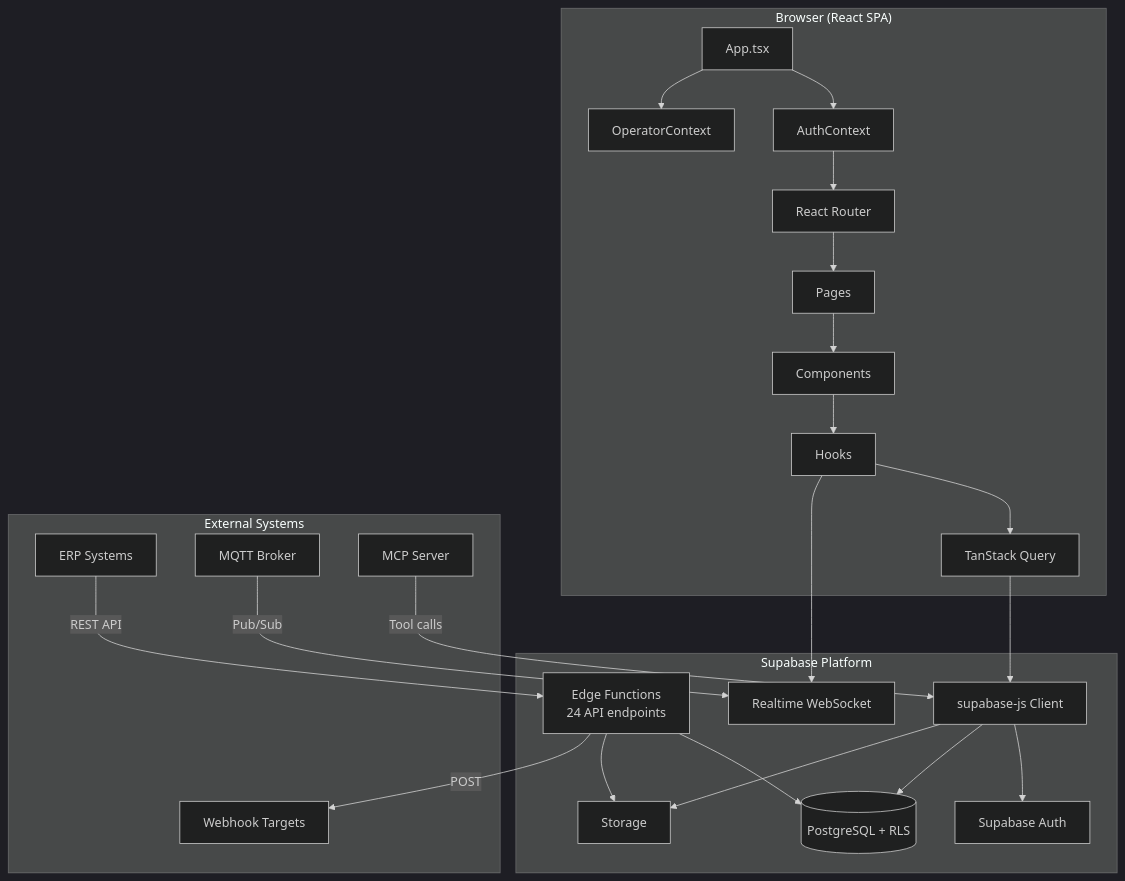
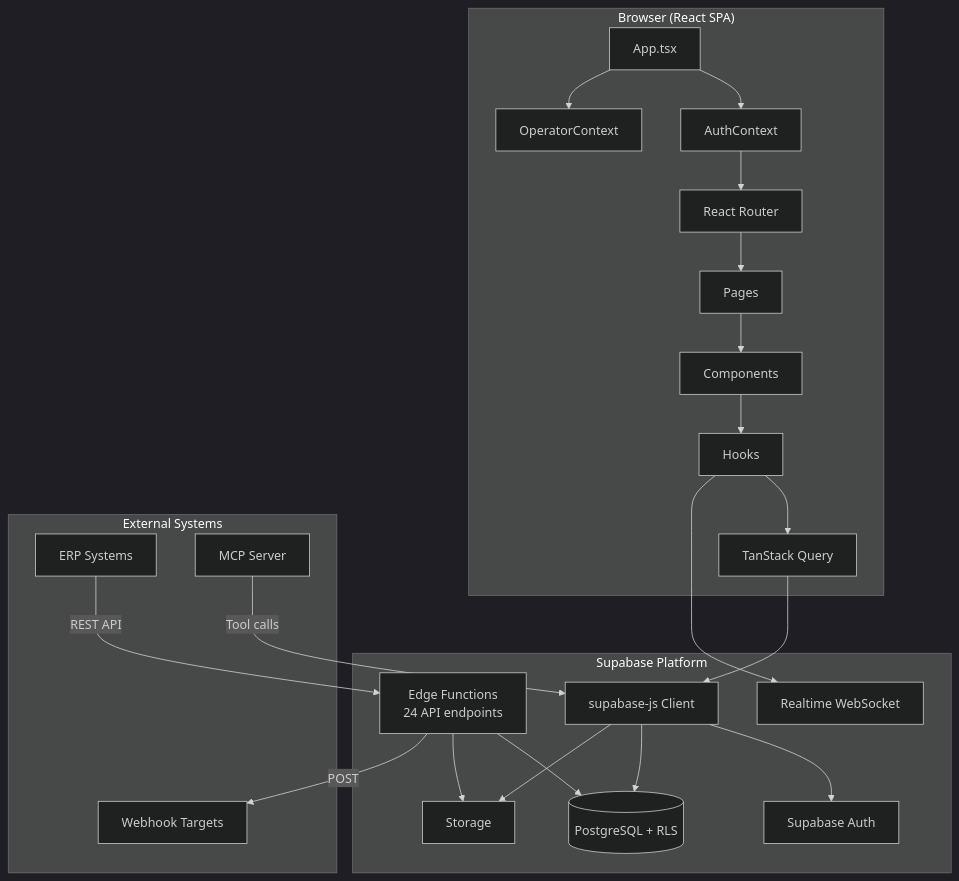
The first of 6 diagrams in docs/ARCHITECTURE.md (SheetMetalConnect/eryxon-flow), drawn with Mermaid (dark theme) before and after one commit. The commit also changed other lines of this file and 451 other files, not shown here.

````diff
--- a/docs/ARCHITECTURE.md
+++ b/docs/ARCHITECTURE.md
@@ -7,48 +7,46 @@
 ```mermaid
 graph TB
     subgraph Client["Browser (React SPA)"]
         App[App.tsx]
         Auth[AuthContext]
         Op[OperatorContext]
         Router[React Router]
         Pages[Pages]
         Components[Components]
         Hooks[Hooks]
         QC[TanStack Query]
     end
 
     subgraph Supabase["Supabase Platform"]
         SBClient[supabase-js Client]
         SBAuth[Supabase Auth]
         SBRealtime[Realtime WebSocket]
         SBStorage[Storage]
         EdgeFns[Edge Functions<br/>24 API endpoints]
         DB[(PostgreSQL + RLS)]
     end
 
     subgraph External["External Systems"]
         ERP[ERP Systems]
-        MQTT[MQTT Broker]
         MCP[MCP Server]
         Webhooks[Webhook Targets]
     end
 
     App --> Auth --> Router
     App --> Op
     Router --> Pages --> Components
     Components --> Hooks
     Hooks --> QC --> SBClient
     Hooks --> SBRealtime
 
     SBClient --> SBAuth
     SBClient --> DB
     SBClient --> SBStorage
 
     EdgeFns --> DB
     EdgeFns --> SBStorage
 
     ERP -->|"REST API"| EdgeFns
     MCP -->|"Tool calls"| SBClient
     EdgeFns -->|"POST"| Webhooks
-    MQTT -->|"Pub/Sub"| SBRealtime
 ```
````
